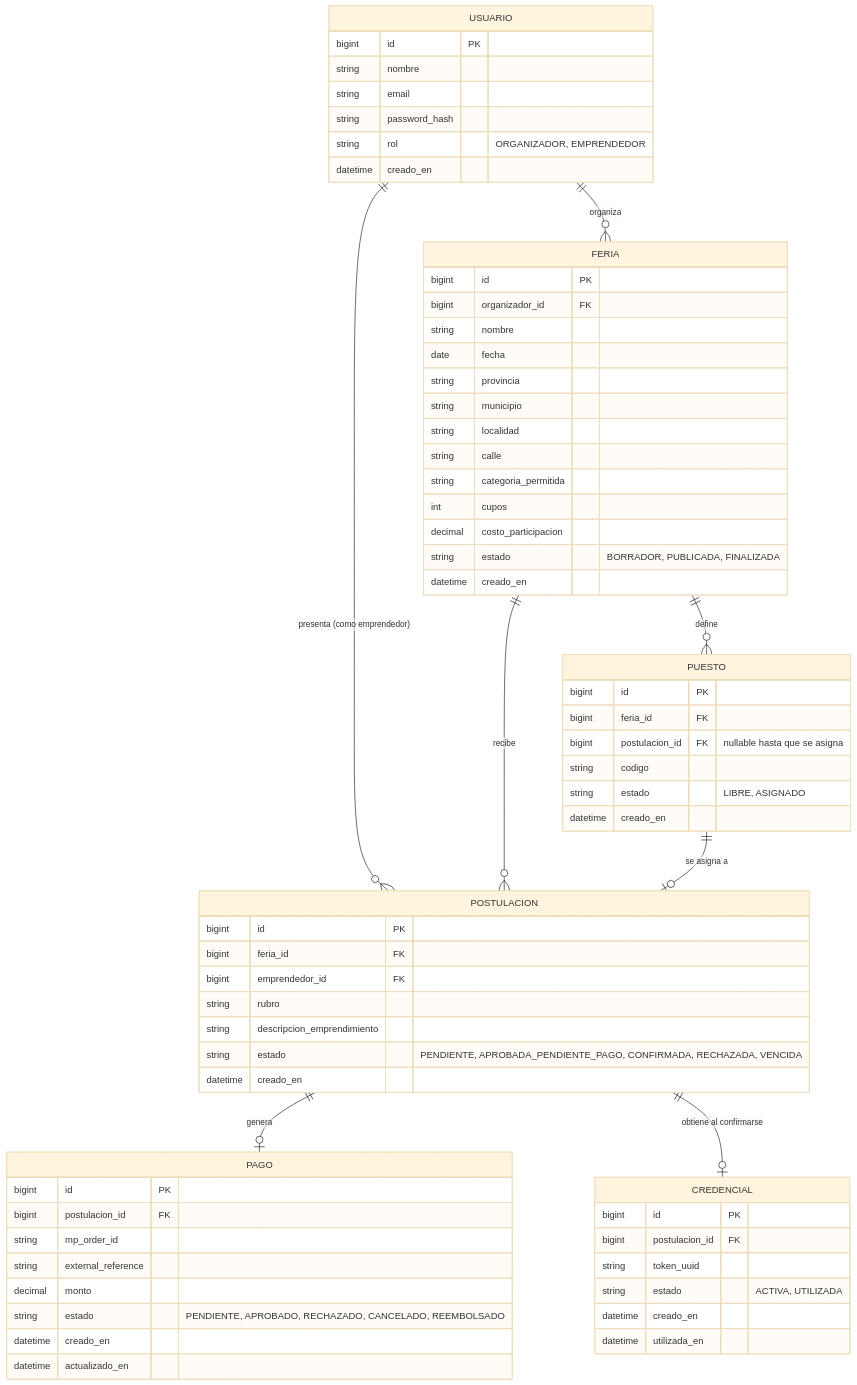
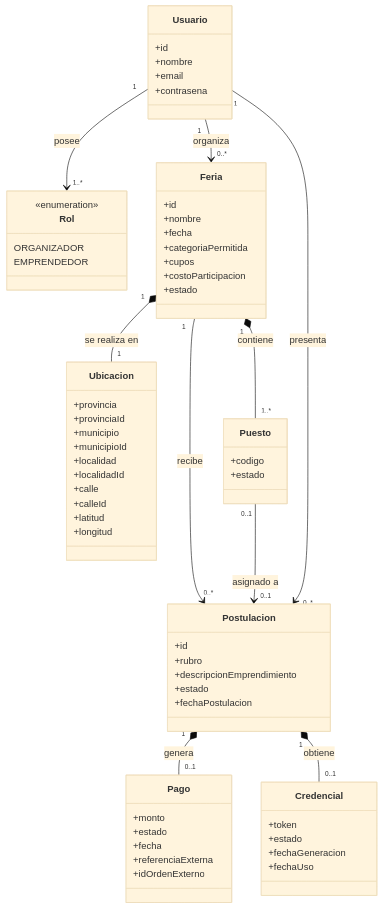
One commit to isierra93/FeriaConecta changed the diagram in database/diagrama-er.md. Above: the diagram before and after it, drawn with Mermaid (base theme). The commit also changed other lines of this file, not shown here.

Commit message:
docs: actualiza diagrama entidad-relación con modelo conceptual y relaciones

````diff
--- a/database/diagrama-er.md
+++ b/database/diagrama-er.md
@@ -5,74 +5,76 @@
 ```mermaid
-erDiagram
-    USUARIO ||--o{ FERIA : "organiza"
-    USUARIO ||--o{ POSTULACION : "presenta (como emprendedor)"
-    FERIA ||--o{ POSTULACION : "recibe"
-    FERIA ||--o{ PUESTO : "define"
-    POSTULACION ||--o| PAGO : "genera"
-    POSTULACION ||--o| CREDENCIAL : "obtiene al confirmarse"
-    PUESTO ||--o| POSTULACION : "se asigna a"
-
-    USUARIO {
-        bigint id PK
-        string nombre
-        string email
-        string password_hash
-        string rol "ORGANIZADOR, EMPRENDEDOR"
-        datetime creado_en
+classDiagram
+    class Usuario {
+        +id
+        +nombre
+        +email
+        +contrasena
     }
 
-    FERIA {
-        bigint id PK
-        bigint organizador_id FK
-        string nombre
-        date fecha
-        string provincia
-        string municipio
-        string localidad
-        string calle
-        string categoria_permitida
-        int cupos
-        decimal costo_participacion
-        string estado "BORRADOR, PUBLICADA, FINALIZADA"
-        datetime creado_en
+    class Rol {
+        <<enumeration>>
+        ORGANIZADOR
+        EMPRENDEDOR
     }
 
-    POSTULACION {
-        bigint id PK
-        bigint feria_id FK
-        bigint emprendedor_id FK
-        string rubro
-        string descripcion_emprendimiento
-        string estado "PENDIENTE, APROBADA_PENDIENTE_PAGO, CONFIRMADA, RECHAZADA, VENCIDA"
-        datetime creado_en
+    class Feria {
+        +id
+        +nombre
+        +fecha
+        +categoriaPermitida
+        +cupos
+        +costoParticipacion
+        +estado
     }
 
-    PAGO {
-        bigint id PK
-        bigint postulacion_id FK
-        string mp_order_id
-        string external_reference
-        decimal monto
-        string estado "PENDIENTE, APROBADO, RECHAZADO, CANCELADO, REEMBOLSADO"
-        datetime creado_en
-        datetime actualizado_en
+    class Ubicacion {
+        +provincia
+        +provinciaId
+        +municipio
+        +municipioId
+        +localidad
+        +localidadId
+        +calle
+        +calleId
+        +latitud
+        +longitud
     }
 
-    CREDENCIAL {
-        bigint id PK
-        bigint postulacion_id FK
-        string token_uuid
-        string estado "ACTIVA, UTILIZADA"
-        datetime creado_en
-        datetime utilizada_en
+    class Postulacion {
+        +id
+        +rubro
+        +descripcionEmprendimiento
+        +estado
+        +fechaPostulacion
     }
 
-    PUESTO {
-        bigint id PK
-        bigint feria_id FK
-        bigint postulacion_id FK "nullable hasta que se asigna"
-        string codigo
-        string estado "LIBRE, ASIGNADO"
-        datetime creado_en
+    class Pago {
+        +monto
+        +estado
+        +fecha
+        +referenciaExterna
+        +idOrdenExterno
     }
+
+    class Credencial {
+        +token
+        +estado
+        +fechaGeneracion
+        +fechaUso
+    }
+
+    class Puesto {
+        +codigo
+        +estado
+    }
+
+    Usuario "1" --> "1..*" Rol : posee
+    Usuario "1" --> "0..*" Feria : organiza
+    Usuario "1" --> "0..*" Postulacion : presenta
+    Feria "1" *-- "1" Ubicacion : se realiza en
+    Feria "1" --> "0..*" Postulacion : recibe
+    Postulacion "1" *-- "0..1" Pago : genera
+    Postulacion "1" *-- "0..1" Credencial : obtiene
+    Feria "1" *-- "1..*" Puesto : contiene
+    Puesto "0..1" --> "0..1" Postulacion : asignado a
 ```
````
